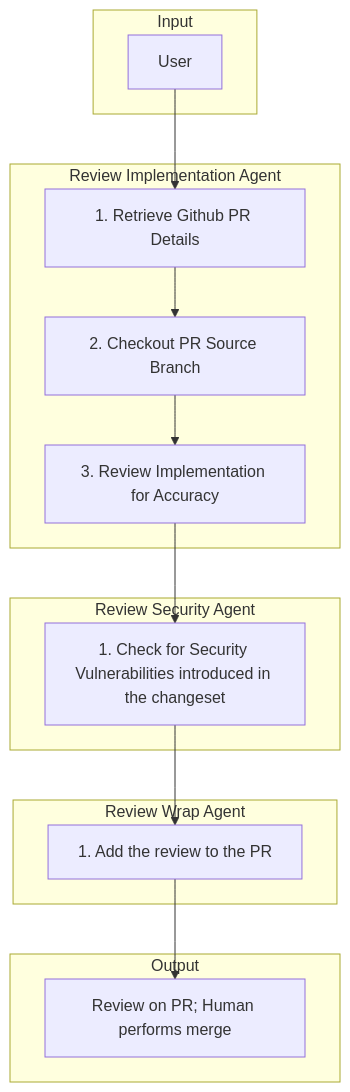
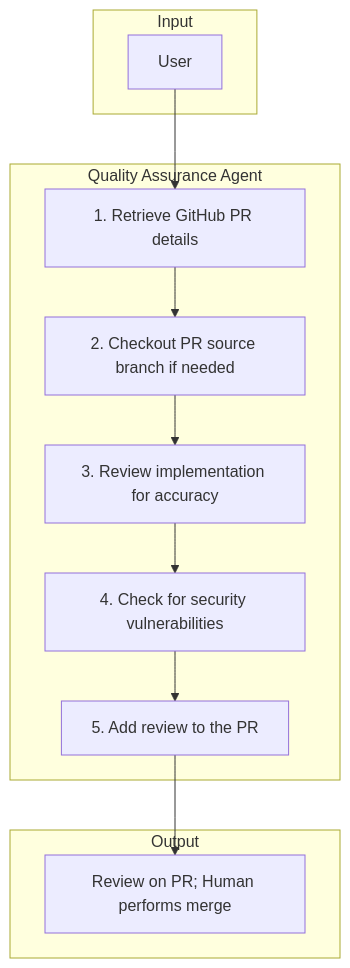
Before and after one commit to alto9/forge: the diagram in docs/agents/quality-assurance.md, drawn with Mermaid. The commit also changed other lines of this file and 16 other files, not shown here.

````diff
--- a/docs/agents/quality-assurance.md
+++ b/docs/agents/quality-assurance.md
@@ -13,31 +13,25 @@
 ```mermaid
 flowchart TD
     subgraph Input
         A[User]
     end
 
-    subgraph ReviewImpl["Review Implementation Agent"]
-        B[1. Retrieve Github PR Details]
-        C[2. Checkout PR Source Branch]
-        D[3. Review Implementation for Accuracy]
-    end
-
-    subgraph ReviewSec["Review Security Agent"]
-        E[1. Check for Security Vulnerabilities introduced in the changeset]
-    end
-
-    subgraph ReviewWrap["Review Wrap Agent"]
-        F[1. Add the review to the PR]
+    subgraph QaAgent["Quality Assurance Agent"]
+        B[1. Retrieve GitHub PR details]
+        C[2. Checkout PR source branch if needed]
+        D[3. Review implementation for accuracy]
+        E[4. Check for security vulnerabilities]
+        F[5. Add review to the PR]
     end
 
     subgraph Output
         G[Review on PR; Human performs merge]
     end
 
     A --> B
     B --> C
     C --> D
     D --> E
     E --> F
     F --> G
 ```
````
